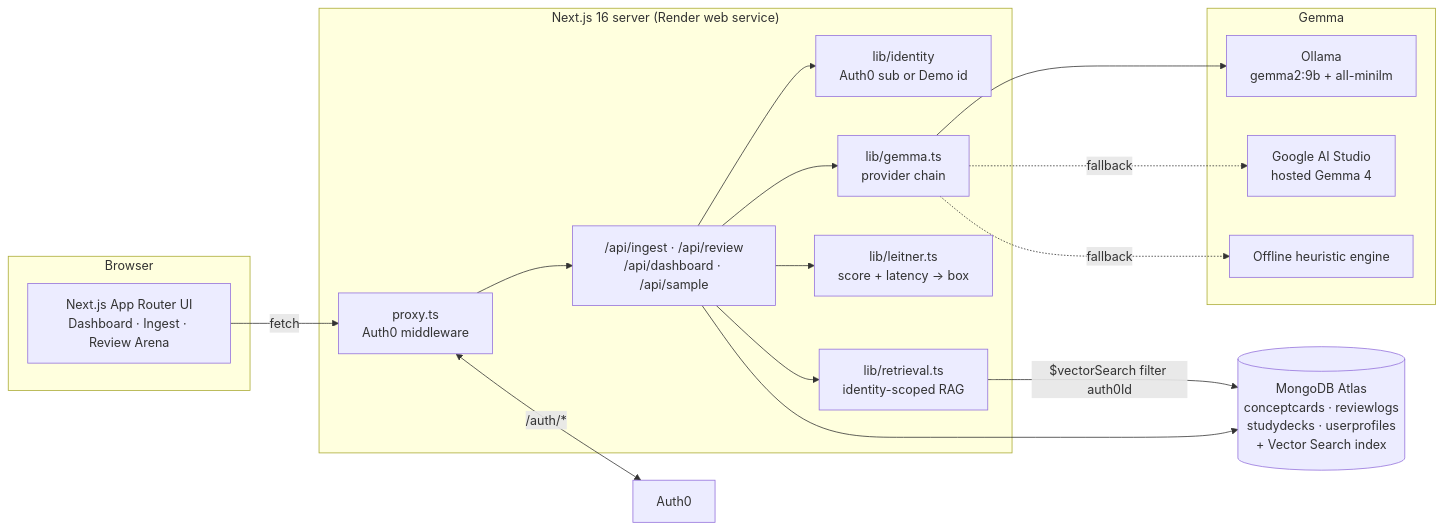
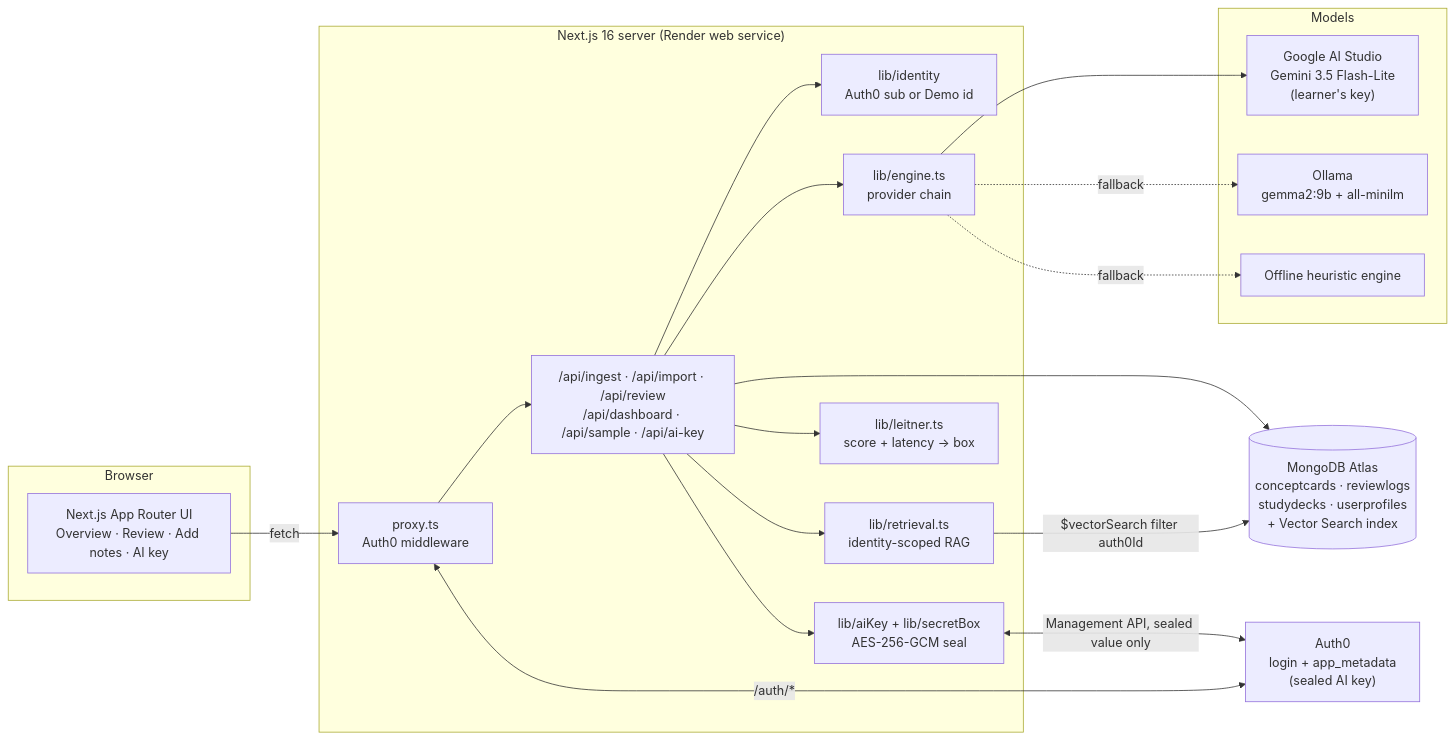
The first of 2 diagrams in README.md (realarbird/Deep-Retrain), drawn with Mermaid before and after one commit. The commit also changed other lines of this file and 57 other files, not shown here.

````diff
--- a/README.md
+++ b/README.md
@@ -34,34 +44,36 @@
 ```mermaid
 flowchart LR
   subgraph Browser
-    UI["Next.js App Router UI<br/>Dashboard · Ingest · Review Arena"]
+    UI["Next.js App Router UI<br/>Overview · Review · Add notes · AI key"]
   end
 
   subgraph Next["Next.js 16 server (Render web service)"]
     P["proxy.ts<br/>Auth0 middleware"]
     ID["lib/identity<br/>Auth0 sub or Demo id"]
-    API["/api/ingest · /api/review<br/>/api/dashboard · /api/sample"]
-    G["lib/gemma.ts<br/>provider chain"]
+    API["/api/ingest · /api/import · /api/review<br/>/api/dashboard · /api/sample · /api/ai-key"]
+    K["lib/aiKey + lib/secretBox<br/>AES-256-GCM seal"]
+    E["lib/engine.ts<br/>provider chain"]
     L["lib/leitner.ts<br/>score + latency → box"]
     R["lib/retrieval.ts<br/>identity-scoped RAG"]
   end
 
-  subgraph AI["Gemma"]
+  subgraph AI["Models"]
+    GS["Google AI Studio<br/>Gemini 3.5 Flash-Lite<br/>(learner's key)"]
     O["Ollama<br/>gemma2:9b + all-minilm"]
-    GS["Google AI Studio<br/>hosted Gemma 4"]
     H["Offline heuristic engine"]
   end
 
   DB[("MongoDB Atlas<br/>conceptcards · reviewlogs<br/>studydecks · userprofiles<br/>+ Vector Search index")]
-  A0["Auth0"]
+  A0["Auth0<br/>login + app_metadata<br/>(sealed AI key)"]
 
   UI -->|fetch| P --> API
   P <-->|/auth/*| A0
   API --> ID
-  API --> G --> O
-  G -.fallback.-> GS
-  G -.fallback.-> H
+  API --> K <-->|Management API, sealed value only| A0
+  API --> E --> GS
+  E -.fallback.-> O
+  E -.fallback.-> H
   API --> L
   API --> R -->|"$vectorSearch filter auth0Id"| DB
   API --> DB
 ```
````
